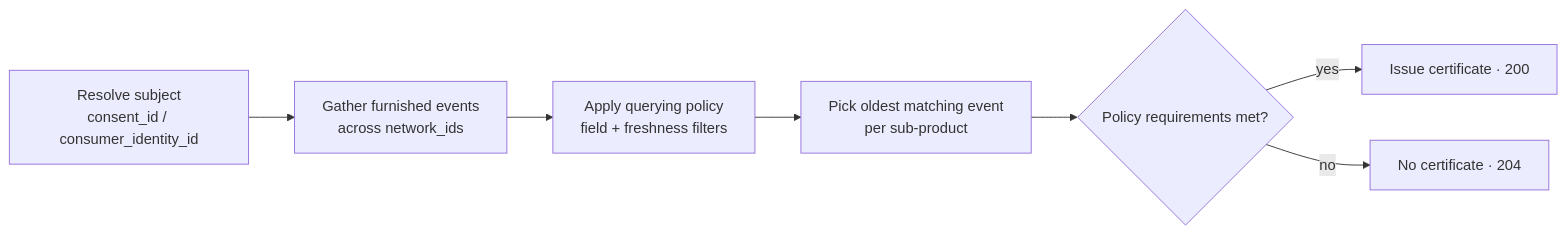
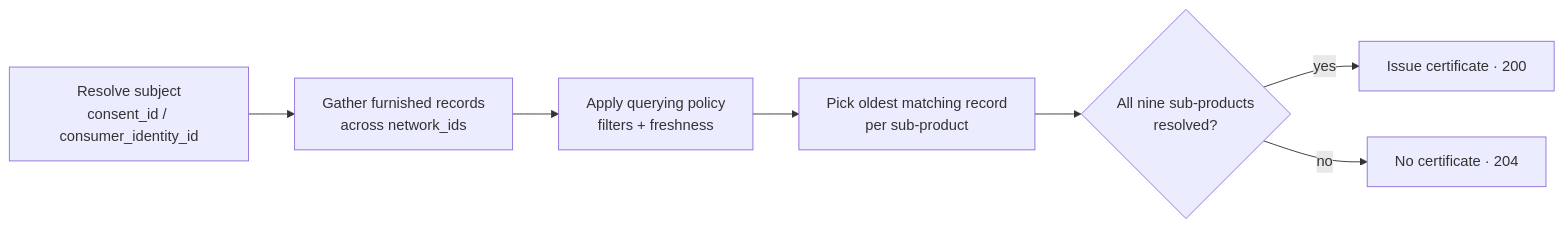
Before and after one commit to solo-finance/docs: the diagram in api-overview/querying/kyc-certificate-snapshot.mdx, drawn with Mermaid. The commit also changed other lines of this file and 190 other files, not shown here.

````diff
--- a/api-overview/querying/kyc-certificate-snapshot.mdx
+++ b/api-overview/querying/kyc-certificate-snapshot.mdx
@@ -160,9 +242,9 @@
 ```mermaid
 flowchart LR
-    A[Resolve subject<br/>consent_id / consumer_identity_id] --> B[Gather furnished events<br/>across network_ids]
-    B --> C[Apply querying policy<br/>field + freshness filters]
-    C --> D[Pick oldest matching event<br/>per sub-product]
-    D --> E{Policy requirements met?}
+    A[Resolve subject<br/>consent_id / consumer_identity_id] --> B[Gather furnished records<br/>across network_ids]
+    B --> C[Apply querying policy<br/>filters + freshness]
+    C --> D[Pick oldest matching record<br/>per sub-product]
+    D --> E{All nine sub-products<br/>resolved?}
     E -- yes --> F[Issue certificate · 200]
     E -- no --> G[No certificate · 204]
 ```
````
